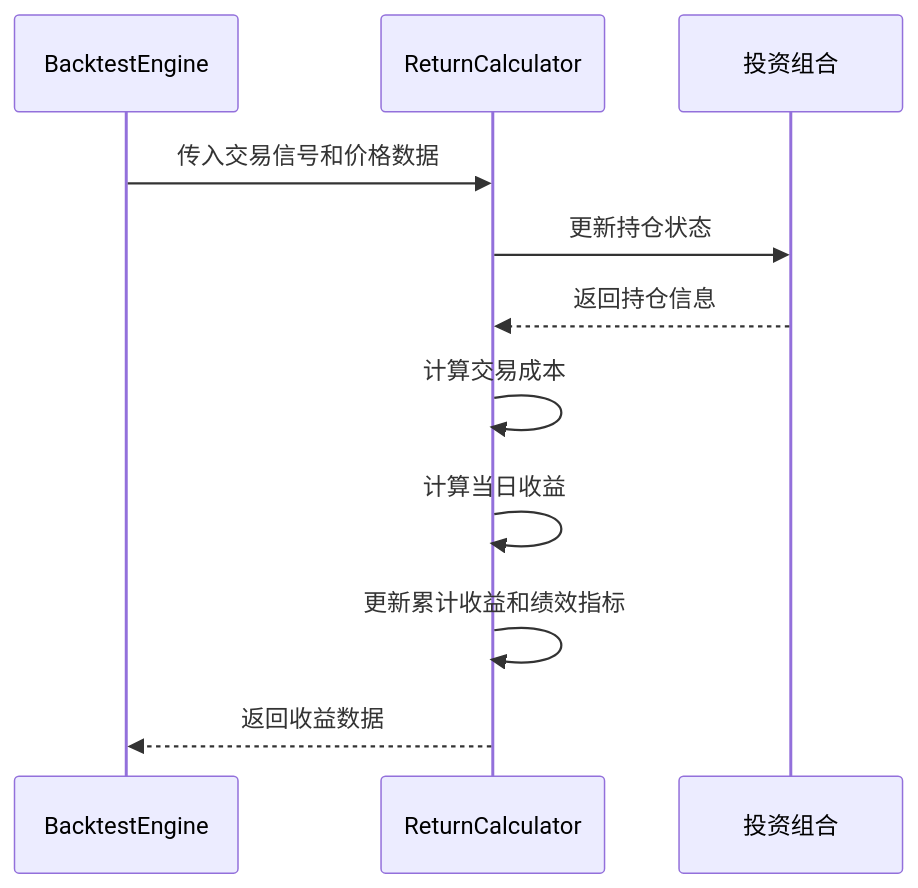
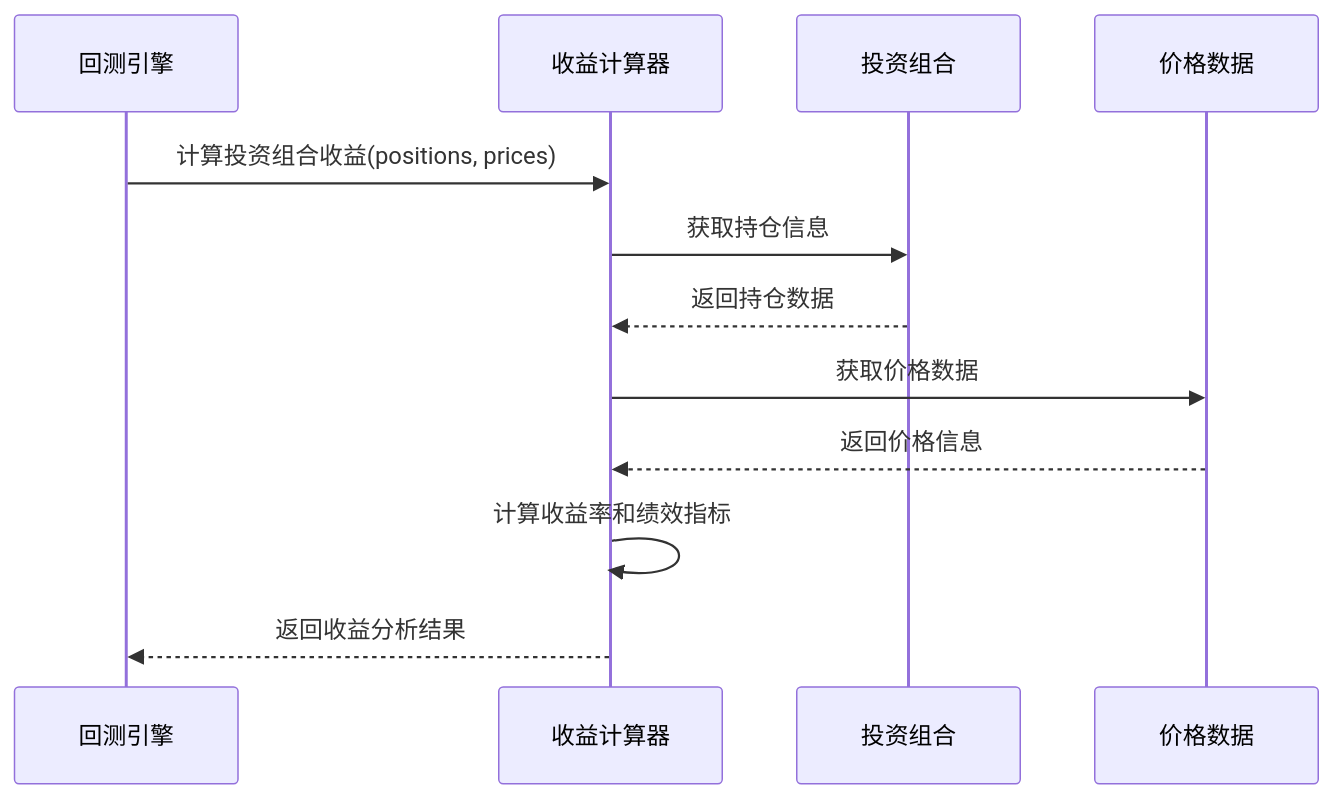
Before and after one commit to Casper-Mars/qtrade: the fourth of 7 diagrams in docs/iteration-3-prediction-model/tasks_backtest_engine.md, drawn with Mermaid. The commit also changed other lines of this file and 1 other file, not shown here.

First line of the commit message:
refactor(回测引擎): 重命名FactorCombination为BacktestFactorConfig以明确用途

````diff
--- a/docs/iteration-3-prediction-model/tasks_backtest_engine.md
+++ b/docs/iteration-3-prediction-model/tasks_backtest_engine.md
@@ -116,14 +127,15 @@
     ```mermaid
     sequenceDiagram
-        participant BE as BacktestEngine
-        participant RC as ReturnCalculator
+        participant Engine as 回测引擎
+        participant Calculator as 收益计算器
         participant Portfolio as 投资组合
+        participant PriceData as 价格数据
         
-        BE->>RC: 传入交易信号和价格数据
-        RC->>Portfolio: 更新持仓状态
-        Portfolio-->>RC: 返回持仓信息
-        RC->>RC: 计算交易成本
-        RC->>RC: 计算当日收益
-        RC->>RC: 更新累计收益和绩效指标
-        RC-->>BE: 返回收益数据
+        Engine->>Calculator: 计算投资组合收益(positions, prices)
+        Calculator->>Portfolio: 获取持仓信息
+        Portfolio-->>Calculator: 返回持仓数据
+        Calculator->>PriceData: 获取价格数据
+        PriceData-->>Calculator: 返回价格信息
+        Calculator->>Calculator: 计算收益率和绩效指标
+        Calculator-->>Engine: 返回收益分析结果
     ```
````
